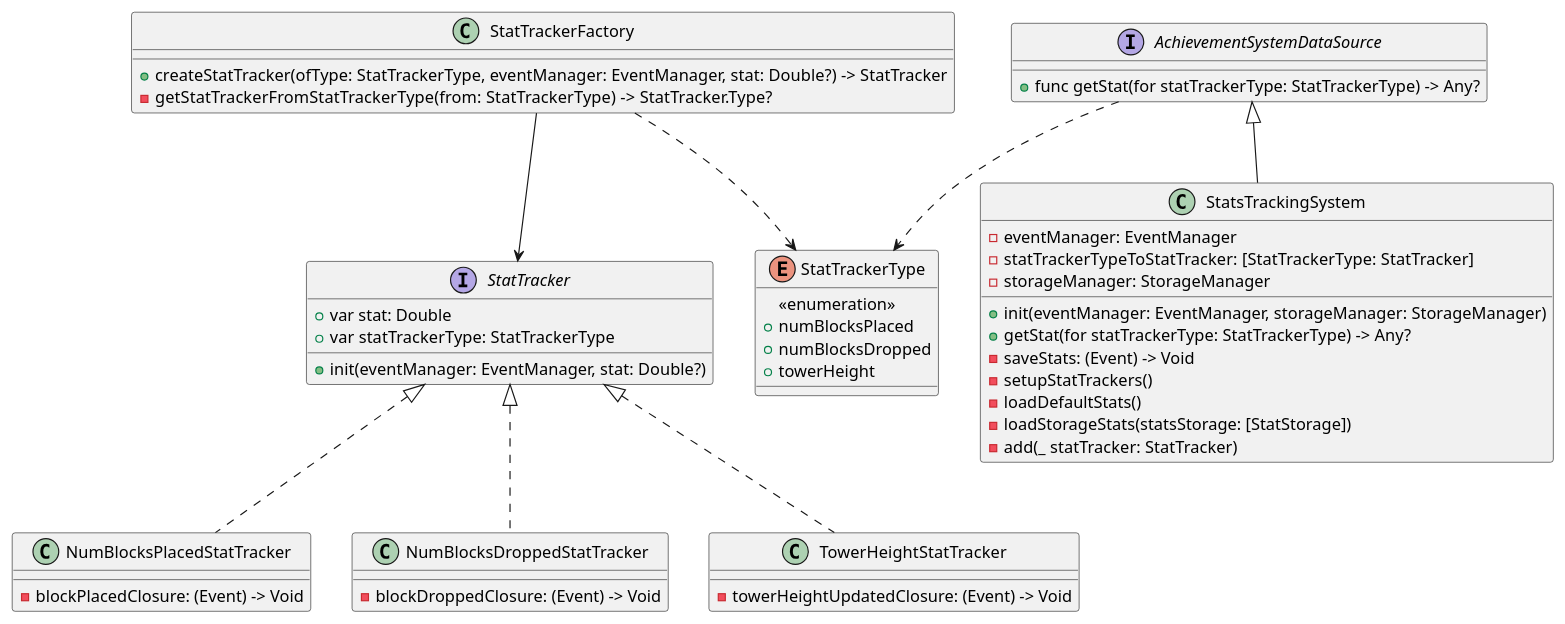
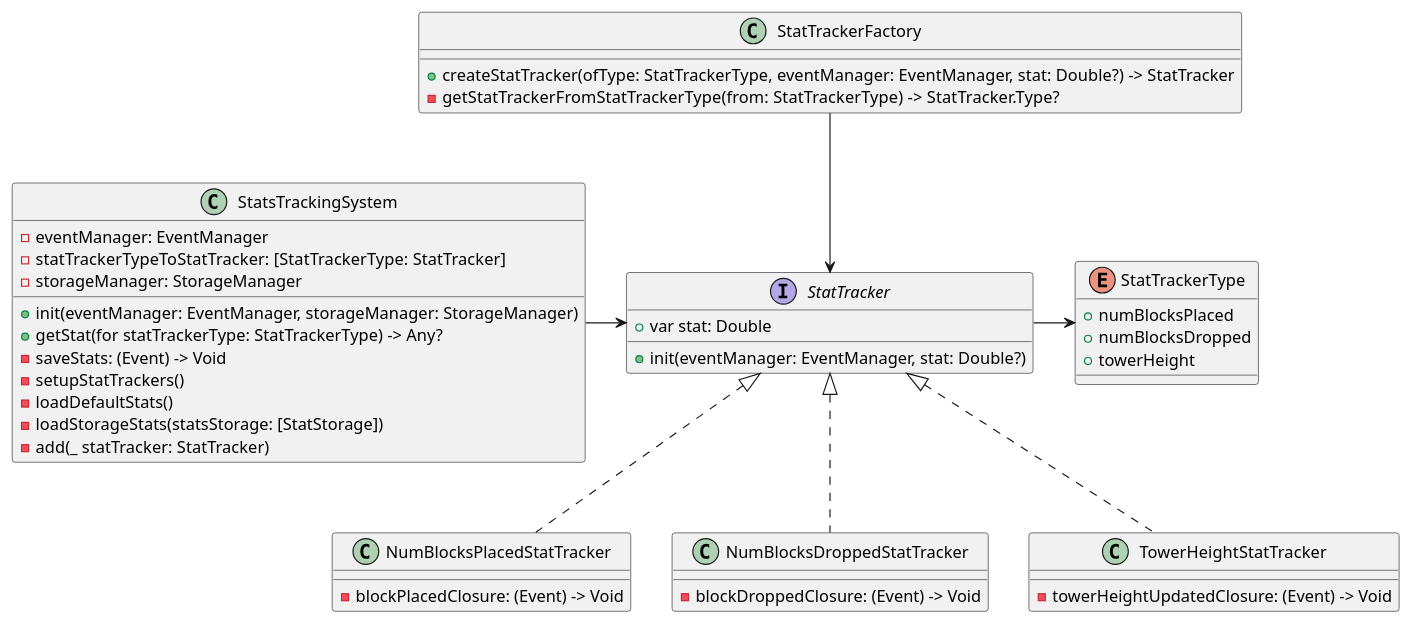
Before and after one commit to tumbling-towers/TumblingTowersGame: the diagram in Docs/Diagrams/stat_tracking_system.puml, drawn with PlantUML. The commit also changed other lines of this file and 8 other files, not shown here.

Commit message:
add diagrams

```diff
--- a/Docs/Diagrams/stat_tracking_system.puml
+++ b/Docs/Diagrams/stat_tracking_system.puml
@@ -1,58 +1,51 @@
 @startuml
 
 interface StatTracker {
     + var stat: Double
-    + var statTrackerType: StatTrackerType
     + init(eventManager: EventManager, stat: Double?)
 }
 
 class NumBlocksPlacedStatTracker {
     - blockPlacedClosure: (Event) -> Void
 }
 
 class NumBlocksDroppedStatTracker {
     - blockDroppedClosure: (Event) -> Void
 }
 
 class TowerHeightStatTracker {
     - towerHeightUpdatedClosure: (Event) -> Void
-}
-
-interface AchievementSystemDataSource {
-    + func getStat(for statTrackerType: StatTrackerType) -> Any?
 }
 
 class StatsTrackingSystem {
     - eventManager: EventManager
     - statTrackerTypeToStatTracker: [StatTrackerType: StatTracker]
     - storageManager: StorageManager
     + init(eventManager: EventManager, storageManager: StorageManager)
     + getStat(for statTrackerType: StatTrackerType) -> Any?
     - saveStats: (Event) -> Void
     - setupStatTrackers()
     - loadDefaultStats()
     - loadStorageStats(statsStorage: [StatStorage])
     - add(_ statTracker: StatTracker)
 }
 
 class StatTrackerFactory {
     + createStatTracker(ofType: StatTrackerType, eventManager: EventManager, stat: Double?) -> StatTracker
     - getStatTrackerFromStatTrackerType(from: StatTrackerType) -> StatTracker.Type?
 }
 
 enum StatTrackerType {
-    <<enumeration>>
     + numBlocksPlaced
     + numBlocksDropped
     + towerHeight
 }
 
-AchievementSystemDataSource <|-d- StatsTrackingSystem
-AchievementSystemDataSource ..> StatTrackerType
-StatTrackerFactory ..> StatTrackerType
 StatTrackerFactory --> StatTracker
 NumBlocksPlacedStatTracker .u.|> StatTracker
 NumBlocksDroppedStatTracker .u.|> StatTracker
 TowerHeightStatTracker .u.|> StatTracker
+StatTracker -> StatTrackerType
+StatsTrackingSystem -> StatTracker
 
 @enduml
```
